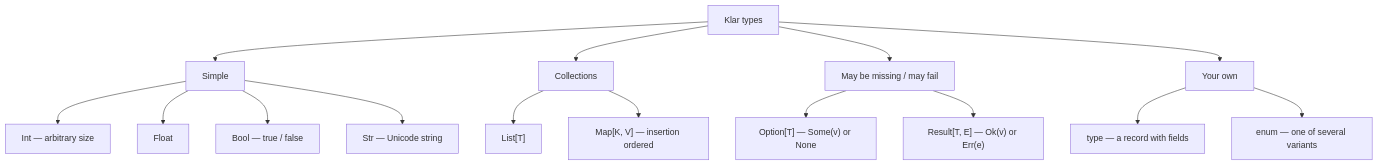
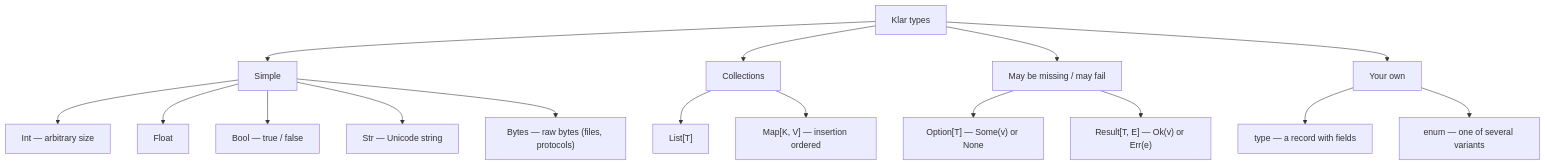
One commit to veosett/Klar changed the second of 12 diagrams in docs/GUIDE.en.md. Above: the diagram before and after it, drawn with Mermaid. The commit also changed other lines of this file and 23 other files, not shown here.

````diff
--- a/docs/GUIDE.en.md
+++ b/docs/GUIDE.en.md
@@ -44,17 +44,18 @@
 ```mermaid
 flowchart TB
     T["Klar types"] --> P["Simple"]
     T --> C["Collections"]
     T --> M["May be missing / may fail"]
     T --> U["Your own"]
     P --> P1["Int — arbitrary size"]
     P --> P2["Float"]
     P --> P3["Bool — true / false"]
     P --> P4["Str — Unicode string"]
+    P --> P5["Bytes — raw bytes (files, protocols)"]
     C --> C1["List[T]"]
     C --> C2["Map[K, V] — insertion ordered"]
     M --> M1["Option[T] — Some(v) or None"]
     M --> M2["Result[T, E] — Ok(v) or Err(e)"]
     U --> U1["type — a record with fields"]
     U --> U2["enum — one of several variants"]
 ```
````
